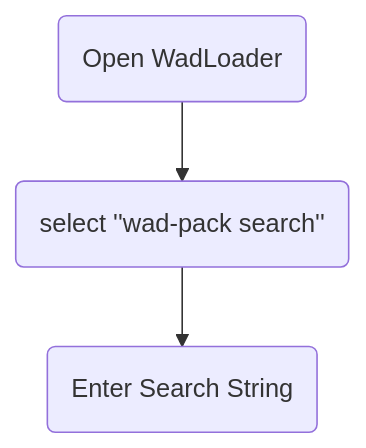
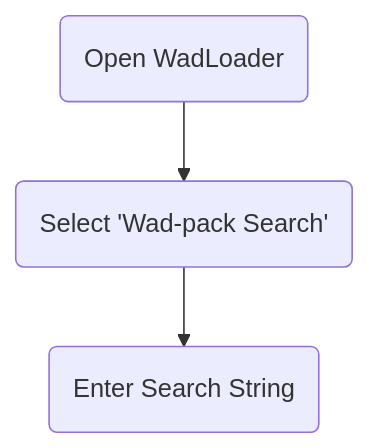
Before and after one commit to Lukas-Hoernle/WAD-Loader-3: the seventh of 7 diagrams in documentation/usecases.md, drawn with Mermaid. The commit also changed other lines of this file, not shown here.

````diff
--- a/documentation/usecases.md
+++ b/documentation/usecases.md
@@ -115,5 +68,5 @@
 ```mermaid
 graph
-A(Open WadLoader) --> B(select ''wad-pack search'')
-    B --> C(Enter Search String)
+A(Open WadLoader) --> B(Select 'Wad-pack Search')
+B --> C(Enter Search String)
 ```
````
